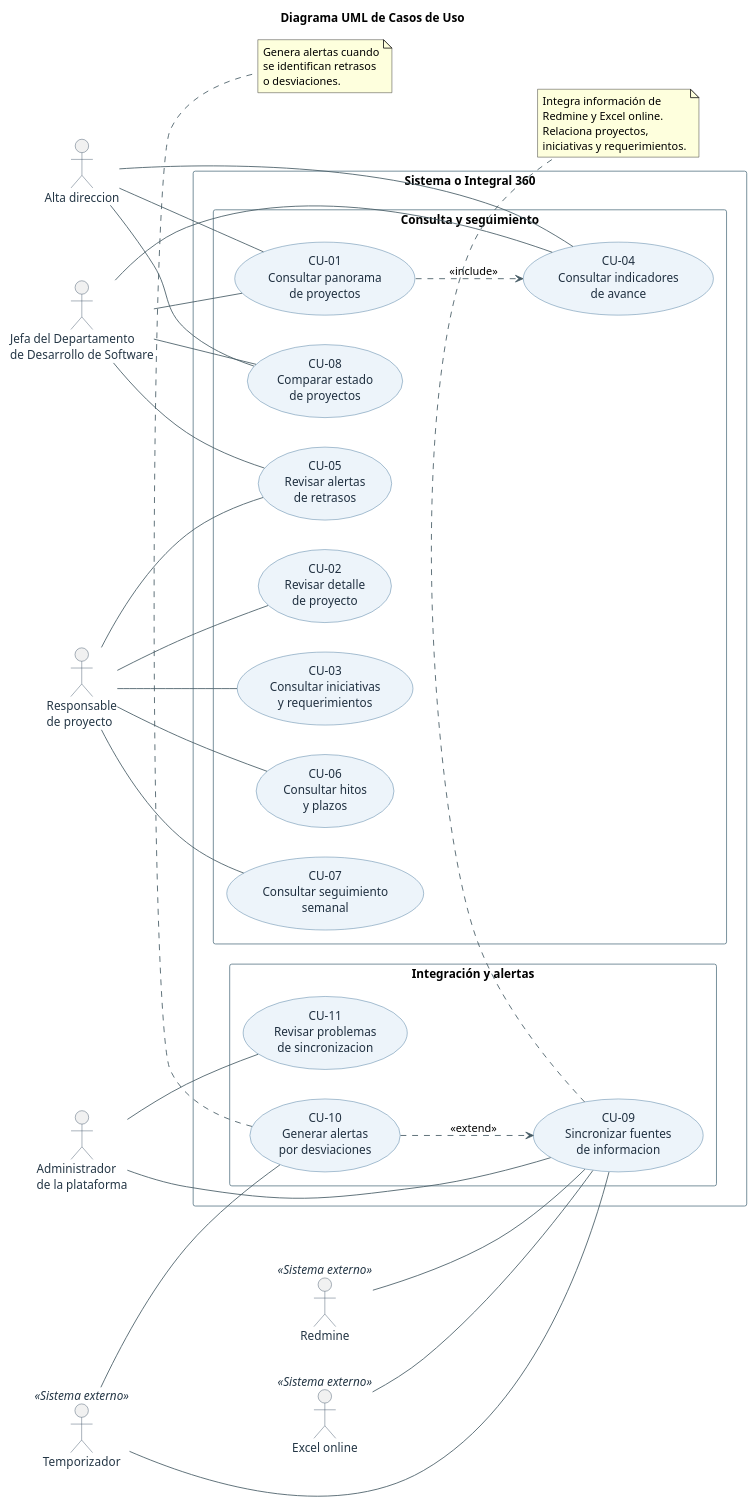
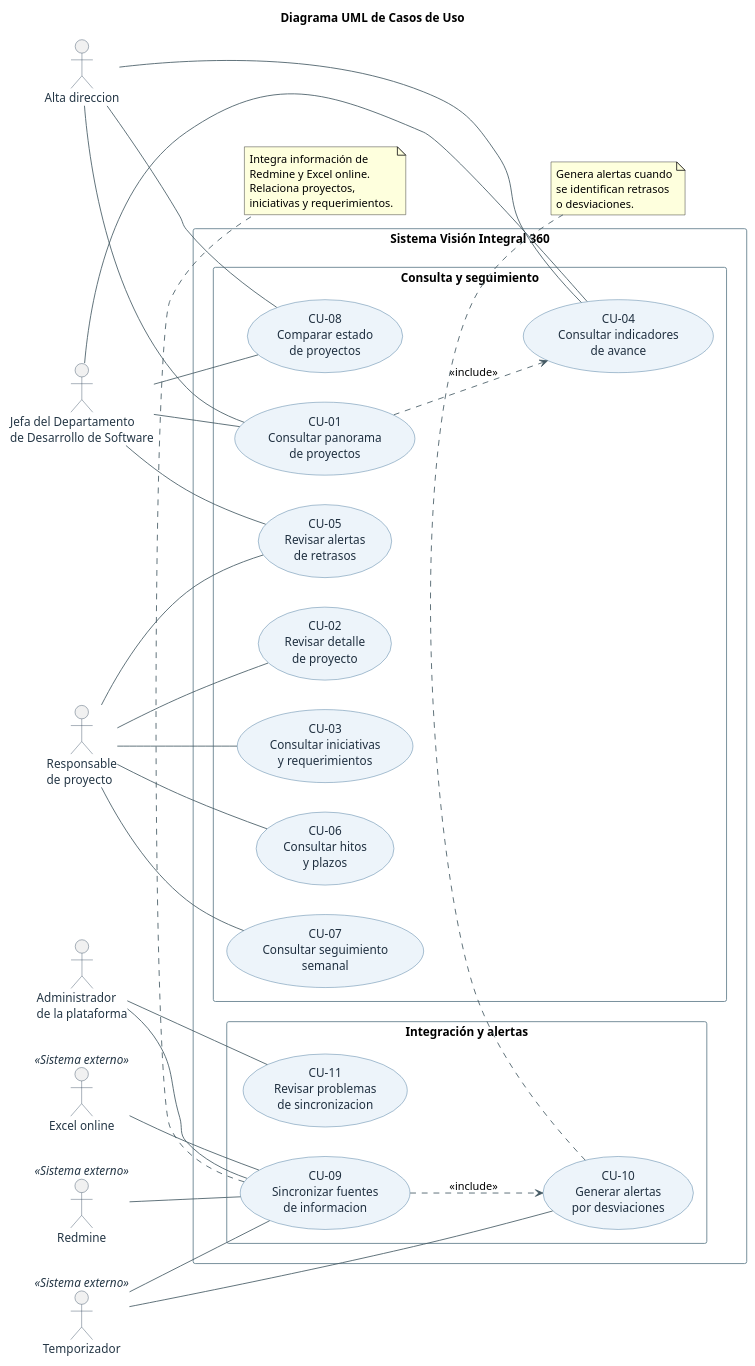
The diagram in diagramas/vision360-casos-de-uso.puml (Steven2610/ArquitecturaDeSoftware), drawn with PlantUML before and after one commit.

```diff
--- a/diagramas/vision360-casos-de-uso.puml
+++ b/diagramas/vision360-casos-de-uso.puml
@@ -2,148 +2,149 @@
 @startuml
 
 title Diagrama UML de Casos de Uso 
 
 left to right direction
 
 skinparam backgroundColor white
 skinparam shadowing false
 skinparam packageStyle rectangle
 skinparam defaultFontName Arial
 skinparam ArrowColor #455A64
 
 skinparam actor {
   BorderColor #34495E
   FontColor #253746
 }
 
 skinparam usecase {
   BackgroundColor #EDF4FA
   BorderColor #376A92
   FontColor #203040
 }
 
 skinparam rectangle {
   BorderColor #607D8B
   BackgroundColor white
 }
 
 ' =====================================
 ' ACTORES 
 ' =====================================
 
 actor "Jefa del Departamento\nde Desarrollo de Software" as Jefa
 
 actor "Alta direccion" as Direccion
 
 actor "Responsable\nde proyecto" as Responsable
 
 actor "Administrador\nde la plataforma" as Admin
 
 ' =====================================
 ' SISTEMA VISIÓN INTEGRAL 360
 ' =====================================
 
-rectangle "Sistema o Integral 360" {
+rectangle "Sistema Visión Integral 360" {
 
   package "Consulta y seguimiento" {
 
     usecase "CU-01\nConsultar panorama\nde proyectos" as CU01
 
     usecase "CU-02\nRevisar detalle\nde proyecto" as CU02
 
     usecase "CU-03\nConsultar iniciativas\ny requerimientos" as CU03
 
     usecase "CU-04\nConsultar indicadores\nde avance" as CU04
 
     usecase "CU-05\nRevisar alertas\nde retrasos" as CU05
 
     usecase "CU-06\nConsultar hitos\ny plazos" as CU06
 
     usecase "CU-07\nConsultar seguimiento\nsemanal" as CU07
 
     usecase "CU-08\nComparar estado\nde proyectos" as CU08
   }
 
   package "Integración y alertas" {
 
     usecase "CU-09\nSincronizar fuentes\nde informacion" as CU09
 
     usecase "CU-10\nGenerar alertas\npor desviaciones" as CU10
 
     usecase "CU-11\nRevisar problemas\nde sincronizacion" as CU11
   }
 }
 
 ' =====================================
 ' SISTEMAS EXTERNOS
 ' =====================================
 
 actor "Redmine" as Redmine <<Sistema externo>>
 
 actor "Excel online" as Excel <<Sistema externo>>
 
 actor "Temporizador" as Timer <<Sistema externo>>
 
 ' =====================================
 ' ASOCIACIONES CON USUARIOS
 ' =====================================
 
 Jefa -- CU01
 Jefa -- CU04
 Jefa -- CU05
 Jefa -- CU08
 
 Direccion -- CU01
 Direccion -- CU04
 Direccion -- CU08
 
 Responsable -- CU02
 Responsable -- CU03
 Responsable -- CU05
 Responsable -- CU06
 Responsable -- CU07
 
 Admin -- CU09
 Admin -- CU11
 
 ' =====================================
 ' ASOCIACIONES CON SISTEMAS EXTERNOS
 ' =====================================
 
 Redmine -- CU09
 Excel -- CU09
 
 Timer -- CU09
 Timer -- CU10
 
 ' =====================================
 ' RELACIONES UML
 ' =====================================
 
 ' El panorama general incorpora indicadores
 
 CU01 ..> CU04 : <<include>>
 
-' Al sincronizar, pueden detectarse
-' desviaciones que generen alertas
+' Después de consolidar información válida,
+' se ejecuta la evaluación de desviaciones.
+' Si no existen desviaciones, no se crean alertas.
 
-CU10 ..> CU09 : <<extend>>
+CU09 ..> CU10 : <<include>>
 
 ' =====================================
 ' NOTAS
 ' =====================================
 
 note bottom of CU09
   Integra información de
   Redmine y Excel online.
   Relaciona proyectos,
   iniciativas y requerimientos.
 end note
 
 note bottom of CU10
   Genera alertas cuando
   se identifican retrasos
   o desviaciones.
 end note
 
 @enduml
```
